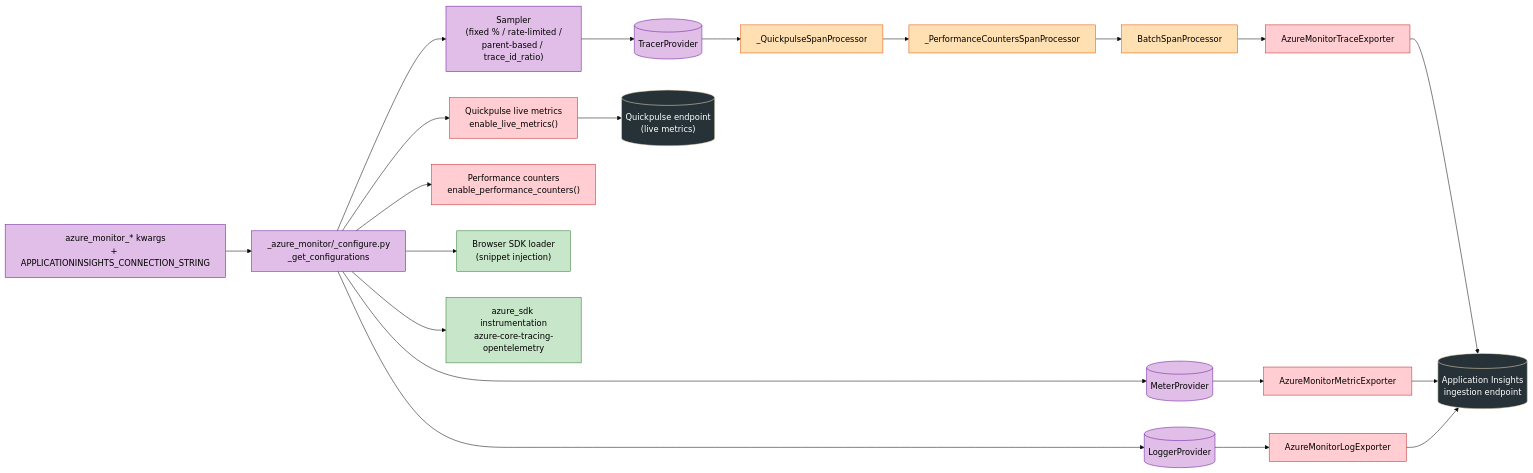
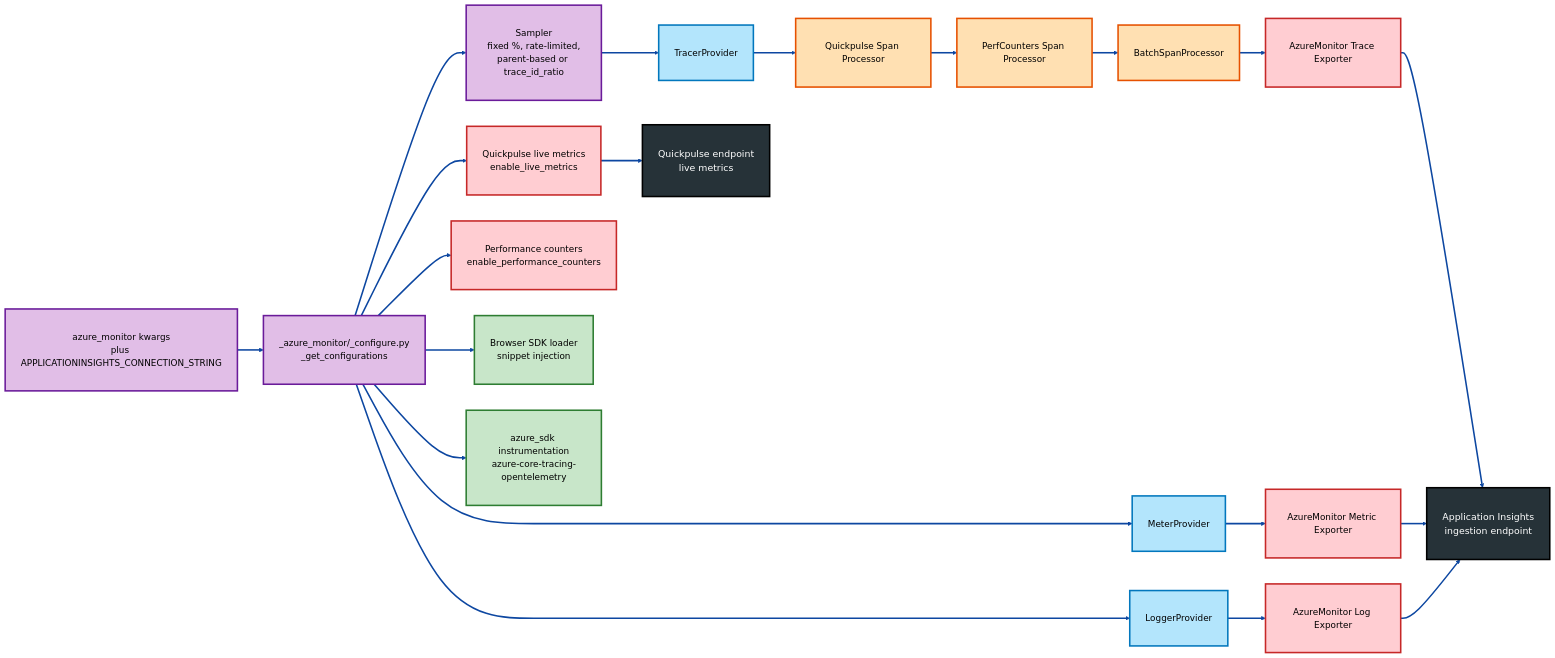
Before and after one commit to ganga1980/opentelemetry-distro-python: the sixth of 10 diagrams in Architecture.md, drawn with Mermaid. The commit also changed other lines of this file, not shown here.

````diff
--- a/Architecture.md
+++ b/Architecture.md
@@ -438,40 +475,56 @@
 ```mermaid
-%%{init:{'theme':'base','themeVariables':{'fontFamily':'Segoe UI'}}}%%
+%%{init: {"theme":"base","themeVariables":{"fontFamily":"Segoe UI","fontSize":"18px","lineColor":"#0D47A1","edgeLabelBackground":"#FFFFFF","primaryTextColor":"#000000","clusterBkg":"#FAFAFA","clusterBorder":"#90A4AE"}}}%%
 flowchart LR
-    classDef cfg fill:#E1BEE7,stroke:#6A1B9A,color:#000
-    classDef proc fill:#FFE0B2,stroke:#E65100,color:#000
-    classDef exp fill:#FFCDD2,stroke:#C62828,color:#000
-    classDef be fill:#263238,color:#FFF
-    classDef inst fill:#C8E6C9,stroke:#2E7D32,color:#000
+    classDef cfg fill:#E1BEE7,stroke:#6A1B9A,stroke-width:3px,color:#000,font-size:17px,padding:12px
+    classDef sdk fill:#B3E5FC,stroke:#0277BD,stroke-width:3px,color:#000,font-size:17px,padding:12px
+    classDef proc fill:#FFE0B2,stroke:#E65100,stroke-width:3px,color:#000,font-size:17px,padding:12px
+    classDef exp fill:#FFCDD2,stroke:#C62828,stroke-width:3px,color:#000,font-size:17px,padding:12px
+    classDef be fill:#263238,stroke:#000,stroke-width:3px,color:#FFF,font-size:18px,padding:14px
+    classDef inst fill:#C8E6C9,stroke:#2E7D32,stroke-width:3px,color:#000,font-size:17px,padding:12px
 
-    Kwargs["azure_monitor_* kwargs<br/>+ APPLICATIONINSIGHTS_CONNECTION_STRING"]:::cfg
+    Kwargs["azure_monitor kwargs<br/>plus APPLICATIONINSIGHTS_CONNECTION_STRING"]:::cfg
     Cfg["_azure_monitor/_configure.py<br/>_get_configurations"]:::cfg
-    Sampler["Sampler<br/>(fixed % / rate-limited /<br/>parent-based / trace_id_ratio)"]:::cfg
+    Sampler["Sampler<br/>fixed %, rate-limited,<br/>parent-based or trace_id_ratio"]:::cfg
 
-    TP[(TracerProvider)]:::cfg
-    MP[(MeterProvider)]:::cfg
-    LP[(LoggerProvider)]:::cfg
+    TP["TracerProvider"]:::sdk
+    MP["MeterProvider"]:::sdk
+    LP["LoggerProvider"]:::sdk
 
-    QPSP["_QuickpulseSpanProcessor"]:::proc
-    PCSP["_PerformanceCountersSpanProcessor"]:::proc
+    QPSP["Quickpulse Span Processor"]:::proc
+    PCSP["PerfCounters Span Processor"]:::proc
     BSP["BatchSpanProcessor"]:::proc
-    AMTrace["AzureMonitorTraceExporter"]:::exp
-    AMMetric["AzureMonitorMetricExporter"]:::exp
-    AMLog["AzureMonitorLogExporter"]:::exp
-    LiveMetrics["Quickpulse live metrics<br/>enable_live_metrics()"]:::exp
-    PerfMetrics["Performance counters<br/>enable_performance_counters()"]:::exp
-    Browser["Browser SDK loader<br/>(snippet injection)"]:::inst
+    AMTrace["AzureMonitor Trace Exporter"]:::exp
+    AMMetric["AzureMonitor Metric Exporter"]:::exp
+    AMLog["AzureMonitor Log Exporter"]:::exp
+    LiveMetrics["Quickpulse live metrics<br/>enable_live_metrics"]:::exp
+    PerfMetrics["Performance counters<br/>enable_performance_counters"]:::exp
+    Browser["Browser SDK loader<br/>snippet injection"]:::inst
     AzSDK["azure_sdk instrumentation<br/>azure-core-tracing-opentelemetry"]:::inst
 
-    AI[("Application Insights<br/>ingestion endpoint")]:::be
-    QPEP[("Quickpulse endpoint<br/>(live metrics)")]:::be
+    AI["Application Insights<br/>ingestion endpoint"]:::be
+    QPEP["Quickpulse endpoint<br/>live metrics"]:::be
 
-    Kwargs --> Cfg --> Sampler --> TP
-    Cfg --> MP & LP
-    Cfg --> Browser & AzSDK
-    Cfg --> LiveMetrics --> QPEP
-    Cfg --> PerfMetrics
-    TP --> QPSP --> PCSP --> BSP --> AMTrace --> AI
-    MP --> AMMetric --> AI
-    LP --> AMLog --> AI
+    Kwargs ==> Cfg
+    Cfg ==> Sampler
+    Sampler ==> TP
+    Cfg ==> MP
+    Cfg ==> LP
+    Cfg ==> Browser
+    Cfg ==> AzSDK
+    Cfg ==> LiveMetrics
+    LiveMetrics ==> QPEP
+    Cfg ==> PerfMetrics
+
+    TP ==> QPSP
+    QPSP ==> PCSP
+    PCSP ==> BSP
+    BSP ==> AMTrace
+    AMTrace ==> AI
+
+    MP ==> AMMetric
+    AMMetric ==> AI
+    LP ==> AMLog
+    AMLog ==> AI
+
+    linkStyle default stroke:#0D47A1,stroke-width:3px,fill:none
 ```
````
